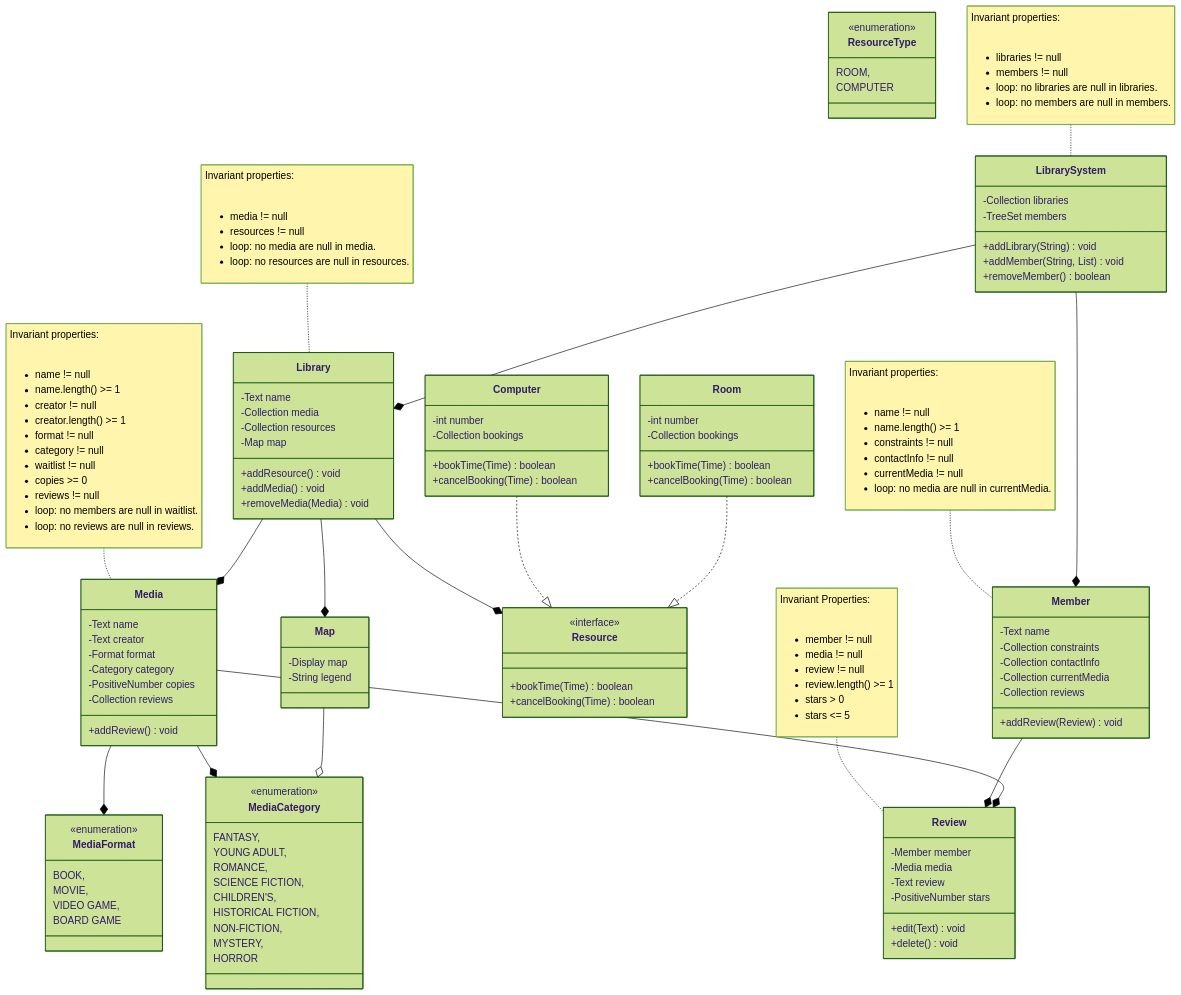
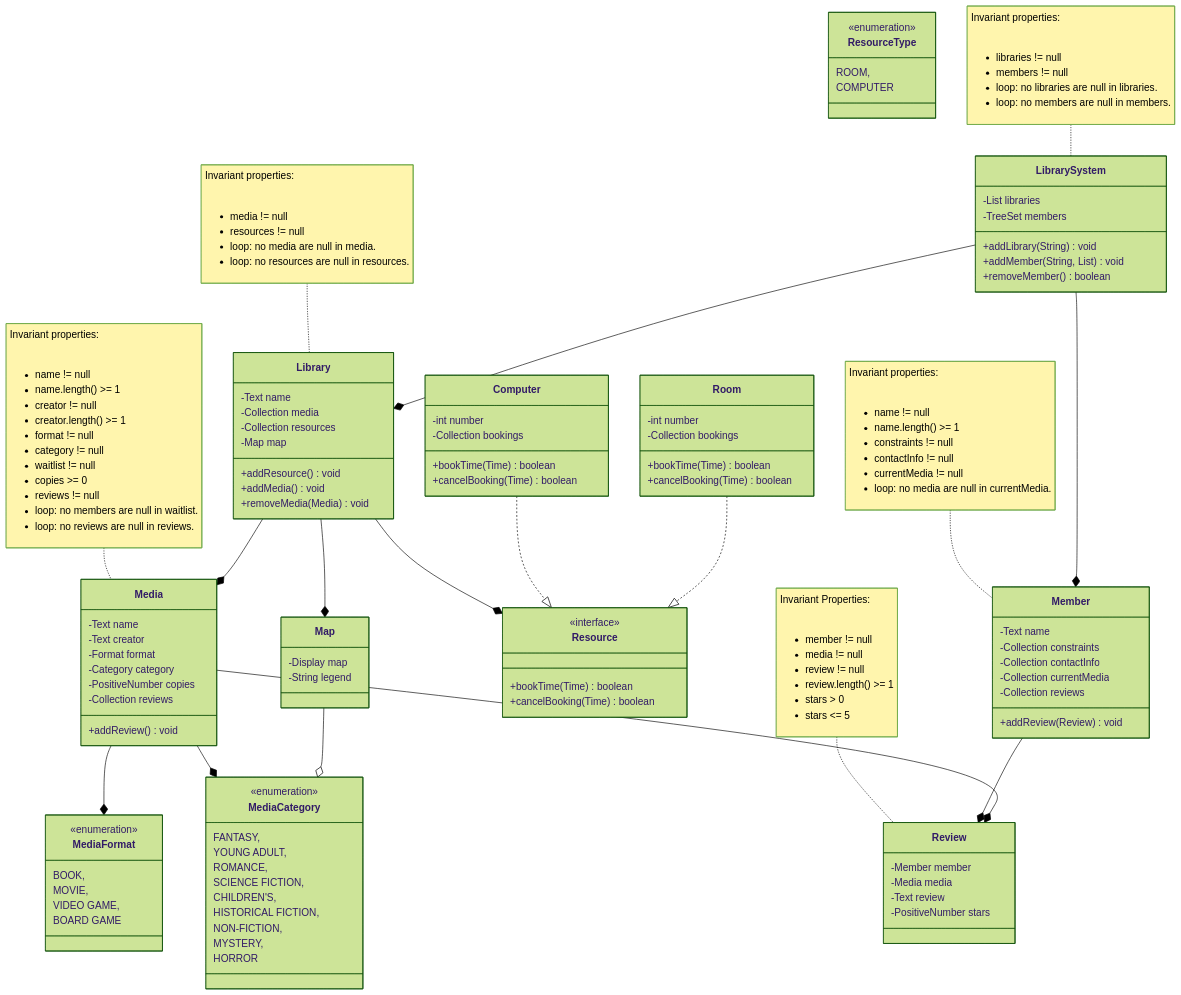
Before and after one commit to samanthaegilson/LibrarySystem: the diagram in README.md, drawn with Mermaid (forest theme). The commit also changed other lines of this file and 26 other files, not shown here.

````diff
--- a/README.md
+++ b/README.md
@@ -1,8 +34,9 @@
 ```mermaid
 classDiagram
     class LibrarySystem {
-        -Collection libraries
-        -TreeSet members
+        %% A collection of libraries
+        -List<Library> libraries
+        -TreeSet<Member> members
         
         %% For now replaces the old instance with a new instance
         +addLibrary(String) void
@@ -140,9 +174,6 @@
         -PositiveNumber stars
         %% Stars?
         %% record?
-        
-        +edit(Text) void
-        +delete() void
     }
     
     note for Review "Invariant Properties:
````
